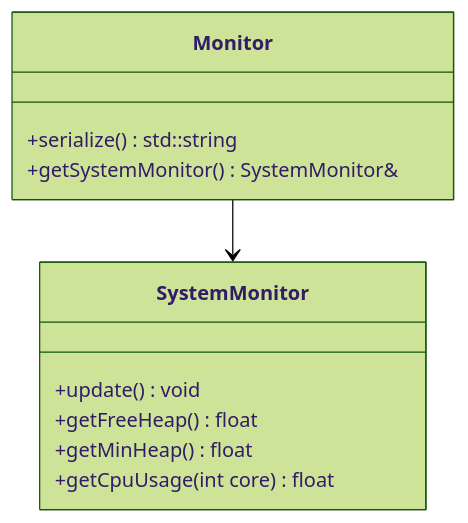
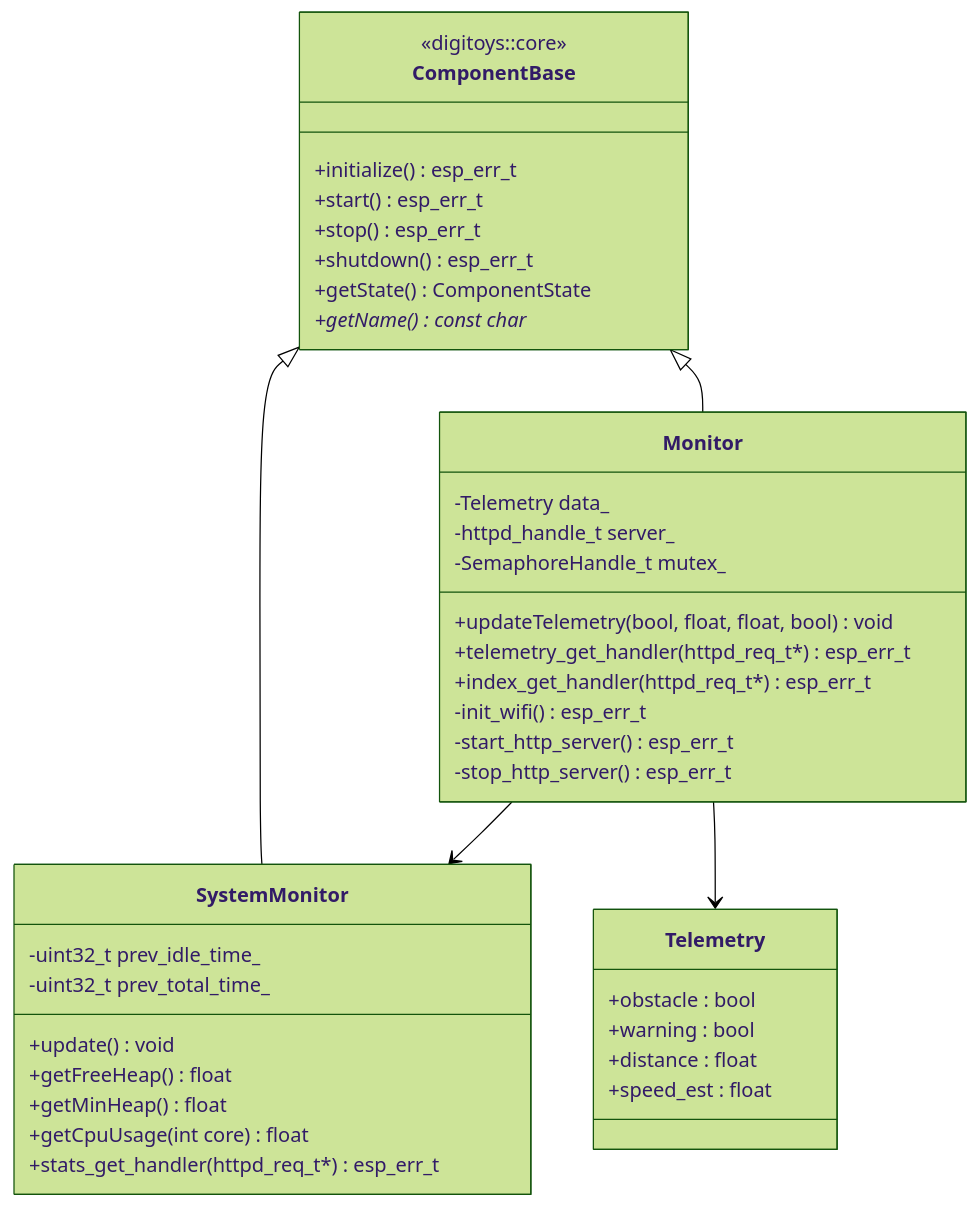
Before and after one commit to Nowass/digitoys-firmware: the diagram in doc/monitor.md, drawn with Mermaid (forest theme). The commit also changed other lines of this file and 10 other files, not shown here.

````diff
--- a/doc/monitor.md
+++ b/doc/monitor.md
@@ -23,16 +23,46 @@
 ```mermaid
 classDiagram
+    class ComponentBase {
+        <<digitoys::core>>
+        +initialize() esp_err_t
+        +start() esp_err_t
+        +stop() esp_err_t
+        +shutdown() esp_err_t
+        +getState() ComponentState
+        +getName() const char*
+    }
+
     class SystemMonitor {
+        -uint32_t prev_idle_time_
+        -uint32_t prev_total_time_
         +update() void
         +getFreeHeap() float
         +getMinHeap() float
         +getCpuUsage(int core) float
+        +stats_get_handler(httpd_req_t*) esp_err_t
     }
 
     class Monitor {
-        +serialize() std::string
-        +getSystemMonitor() SystemMonitor&
+        -Telemetry data_
+        -httpd_handle_t server_
+        -SemaphoreHandle_t mutex_
+        +updateTelemetry(bool, float, float, bool) void
+        +telemetry_get_handler(httpd_req_t*) esp_err_t
+        +index_get_handler(httpd_req_t*) esp_err_t
+        -init_wifi() esp_err_t
+        -start_http_server() esp_err_t
+        -stop_http_server() esp_err_t
     }
 
+    class Telemetry {
+        +obstacle : bool
+        +warning : bool
+        +distance : float
+        +speed_est : float
+    }
+
+    ComponentBase <|-- SystemMonitor
+    ComponentBase <|-- Monitor
     Monitor --> SystemMonitor
+    Monitor --> Telemetry
 ```
````
